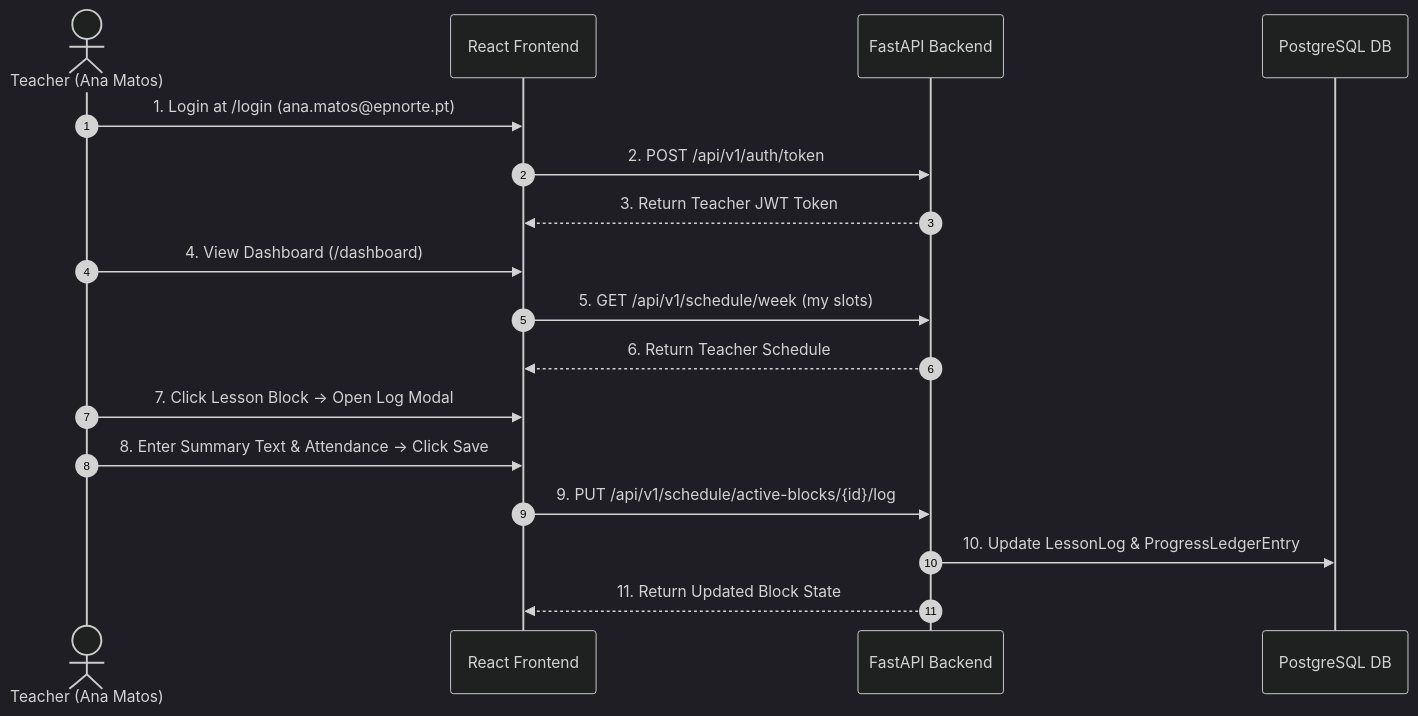
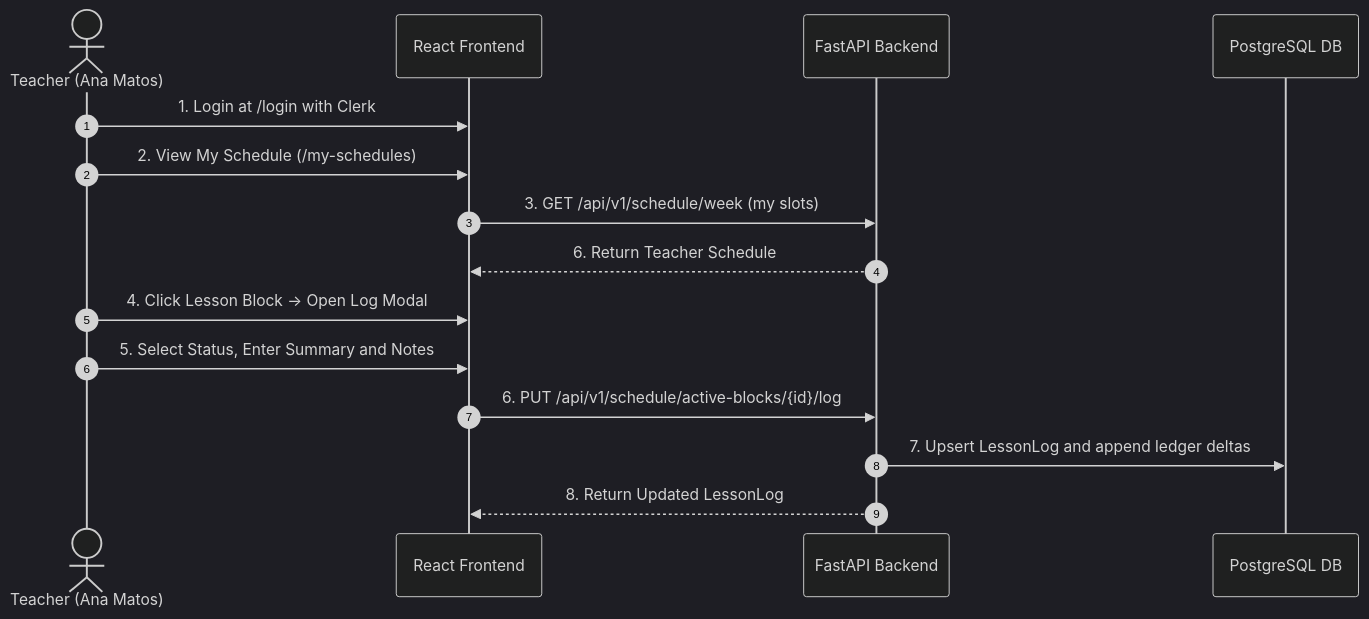
The second of 2 diagrams in documentation/00_getting_started/TECHNICAL_WALKTHROUGH.md (ORIOP25/Cronos), drawn with Mermaid (dark theme) before and after one commit. The commit also changed other lines of this file and 35 other files, not shown here.

````diff
--- a/documentation/00_getting_started/TECHNICAL_WALKTHROUGH.md
+++ b/documentation/00_getting_started/TECHNICAL_WALKTHROUGH.md
@@ -58,20 +57,18 @@
 ```mermaid
 sequenceDiagram
     autonumber
     actor Teacher as Teacher (Ana Matos)
     participant FE as React Frontend
     participant BE as FastAPI Backend
     participant DB as PostgreSQL DB
 
-    Teacher->>FE: 1. Login at /login (ana.matos@epnorte.pt)
-    FE->>BE: 2. POST /api/v1/auth/token
-    BE-->>FE: 3. Return Teacher JWT Token
-    Teacher->>FE: 4. View Dashboard (/dashboard)
-    FE->>BE: 5. GET /api/v1/schedule/week (my slots)
+    Teacher->>FE: 1. Login at /login with Clerk
+    Teacher->>FE: 2. View My Schedule (/my-schedules)
+    FE->>BE: 3. GET /api/v1/schedule/week (my slots)
     BE-->>FE: 6. Return Teacher Schedule
-    Teacher->>FE: 7. Click Lesson Block -> Open Log Modal
-    Teacher->>FE: 8. Enter Summary Text & Attendance -> Click Save
-    FE->>BE: 9. PUT /api/v1/schedule/active-blocks/{id}/log
-    BE->>DB: 10. Update LessonLog & ProgressLedgerEntry
-    BE-->>FE: 11. Return Updated Block State
+    Teacher->>FE: 4. Click Lesson Block -> Open Log Modal
+    Teacher->>FE: 5. Select Status, Enter Summary and Notes
+    FE->>BE: 6. PUT /api/v1/schedule/active-blocks/{id}/log
+    BE->>DB: 7. Upsert LessonLog and append ledger deltas
+    BE-->>FE: 8. Return Updated LessonLog
 ```
````
